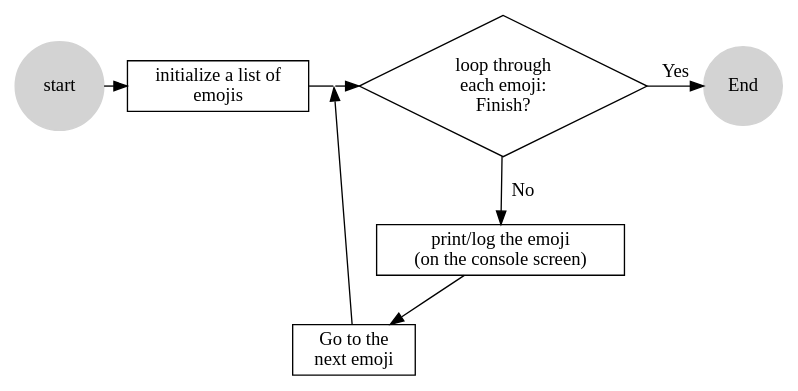
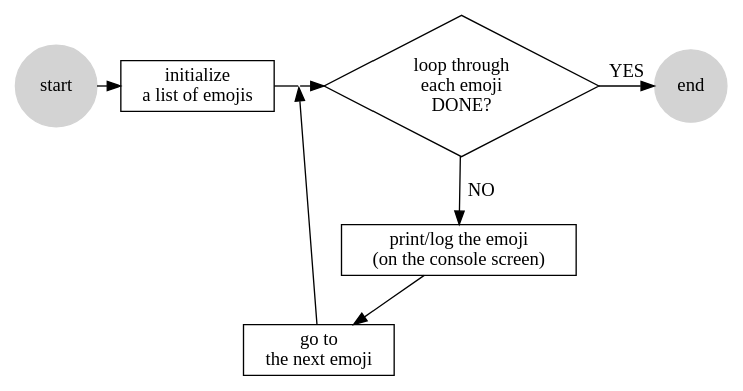
The diagram in graphviz/emoji_flowchart.dot (danbz/aesthetic-programming), drawn with Graphviz before and after one commit. The commit also changed 35 other files, not shown here.

Commit message:
graphviz

```diff
--- a/graphviz/emoji_flowchart.dot
+++ b/graphviz/emoji_flowchart.dot
@@ -1,21 +1,25 @@
 digraph D {
 
+node[fontname="Hershey-Noailles-help-me"]
+edge[fontname="Hershey-Noailles-help-me"]
+
+
 A [shape=circle; label="start";style=filled,color=lightgrey]
-B [shape=box; label="initialize a list of\n emojis "]
-C [shape=diamond; label="loop through\n each emoji:\n Finish?"]
-D [shape=circle; label="End";style=filled,color=lightgrey]
+B [shape=box; label="initialize\na list of emojis "]
+C [shape=diamond; label="loop through\n each emoji\n DONE?"]
+D [shape=circle; label="end";style=filled,color=lightgrey]
 E [shape=box; label="print/log the emoji\n (on the console screen)"]
-F [shape=box; label="Go to the\nnext emoji"]
+F [shape=box; label="go to\nthe next emoji"]
 G [label="", fixedsize="false", width=0, height=0, shape=none]
 
 //rank
 {rank = same; D, C}
 
 //graph
 A -> B [minlen=0.5];
 B -> G[minlen=0.5,arrowhead=None];
 G -> C[minlen=0.5];
-C -> D [label="Yes"];
-C -> E [label="  No",minlen=1];
+C -> D [label="YES"];
+C -> E [label="  NO",minlen=1];
 E -> F -> G;
 }
```
